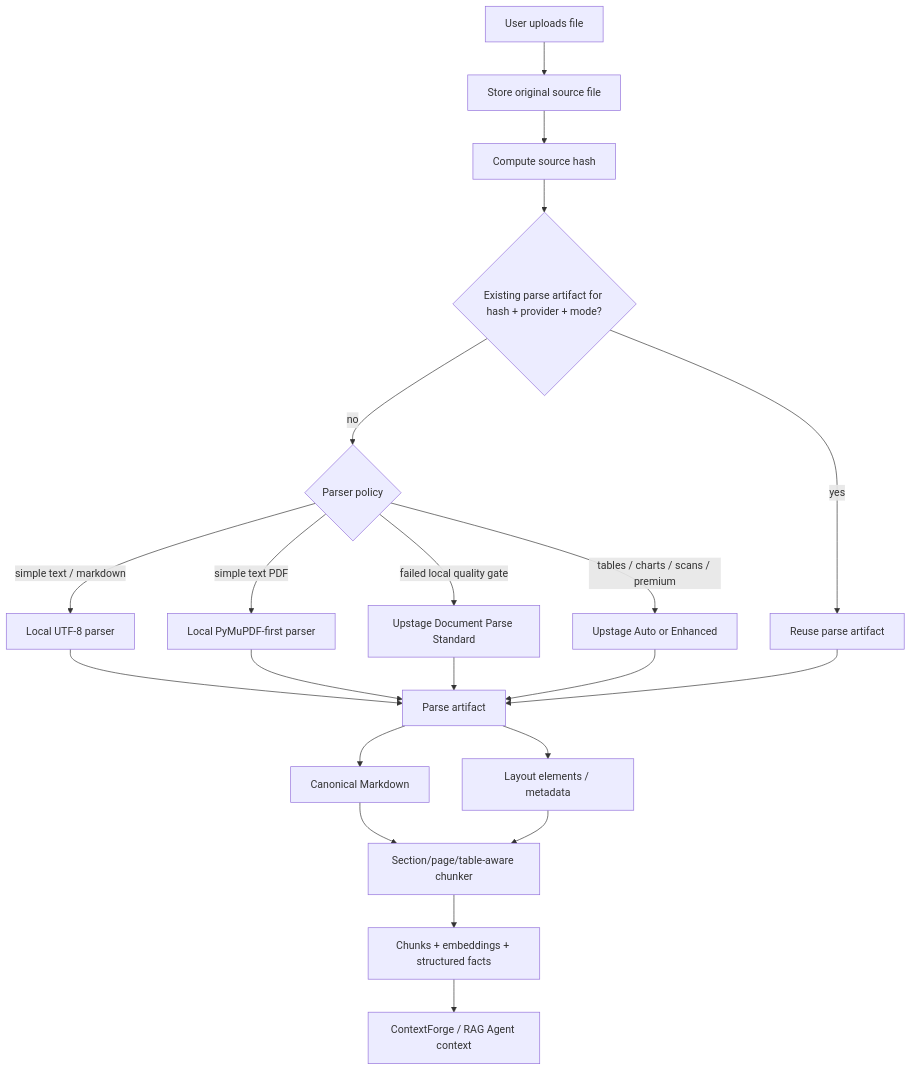
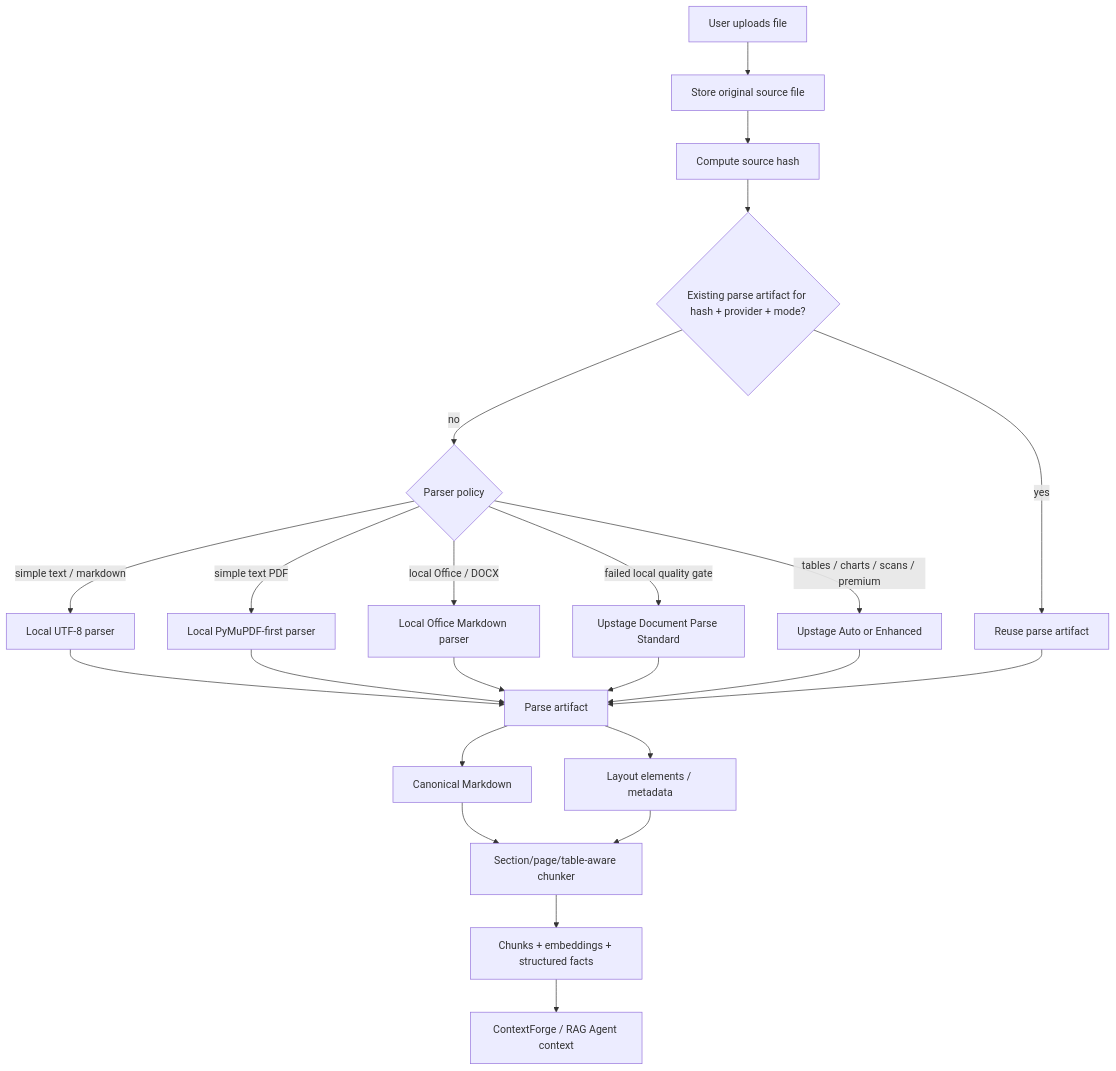
The diagram in docs/plan/upstage-integration.md (heecheon92/my-agents), drawn with Mermaid before and after one commit. The commit also changed other lines of this file and 16 other files, not shown here.

````diff
--- a/docs/plan/upstage-integration.md
+++ b/docs/plan/upstage-integration.md
@@ -62,23 +63,25 @@
 ```mermaid
 flowchart TD
     Upload["User uploads file"] --> Store["Store original source file"]
     Store --> Hash["Compute source hash"]
     Hash --> Cache{"Existing parse artifact for hash + provider + mode?"}
     Cache -->|"yes"| Reuse["Reuse parse artifact"]
     Cache -->|"no"| Route{"Parser policy"}
     Route -->|"simple text / markdown"| LocalText["Local UTF-8 parser"]
     Route -->|"simple text PDF"| LocalPdf["Local PyMuPDF-first parser"]
+    Route -->|"local Office / DOCX"| LocalOffice["Local Office Markdown parser"]
     Route -->|"failed local quality gate"| UpstageStd["Upstage Document Parse Standard"]
     Route -->|"tables / charts / scans / premium"| UpstageAuto["Upstage Auto or Enhanced"]
     LocalText --> Artifact["Parse artifact"]
     LocalPdf --> Artifact
+    LocalOffice --> Artifact
     UpstageStd --> Artifact
     UpstageAuto --> Artifact
     Reuse --> Artifact
     Artifact --> Markdown["Canonical Markdown"]
     Artifact --> Elements["Layout elements / metadata"]
     Markdown --> Chunker["Section/page/table-aware chunker"]
     Elements --> Chunker
     Chunker --> Index["Chunks + embeddings + structured facts"]
     Index --> RAG["ContextForge / RAG Agent context"]
 ```
````
